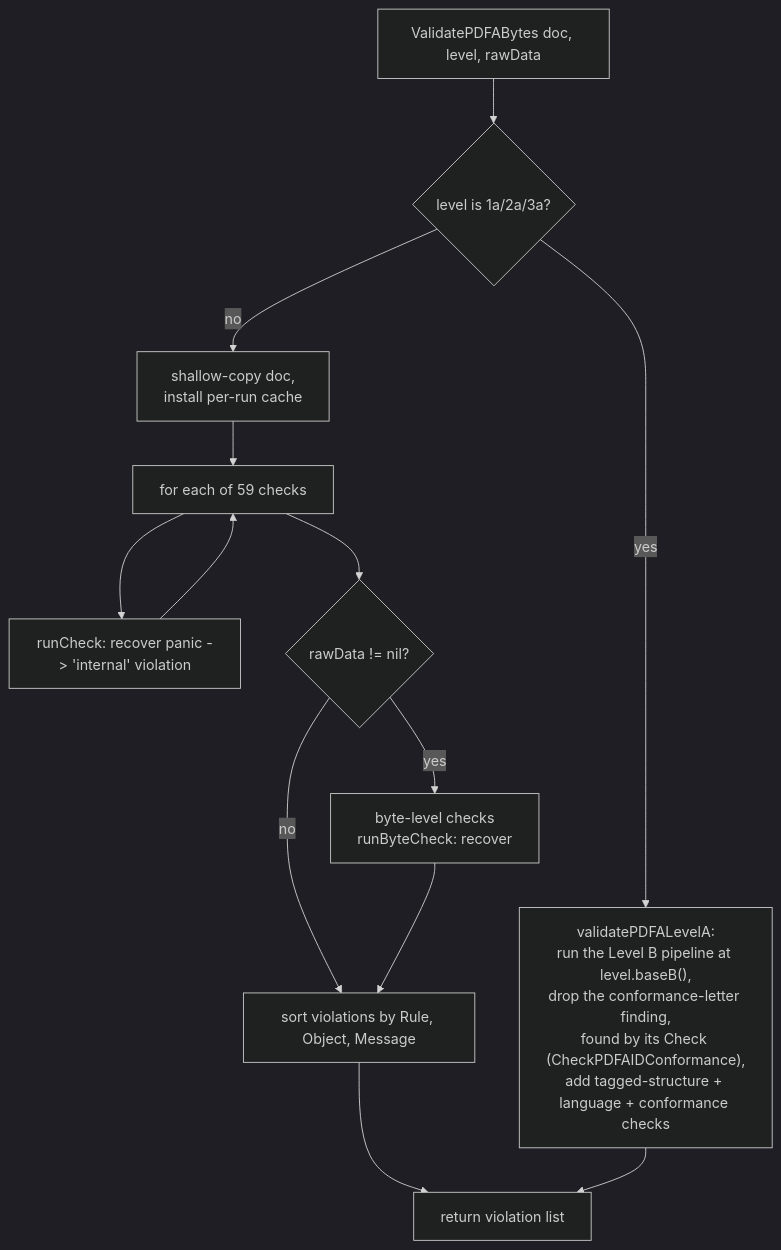
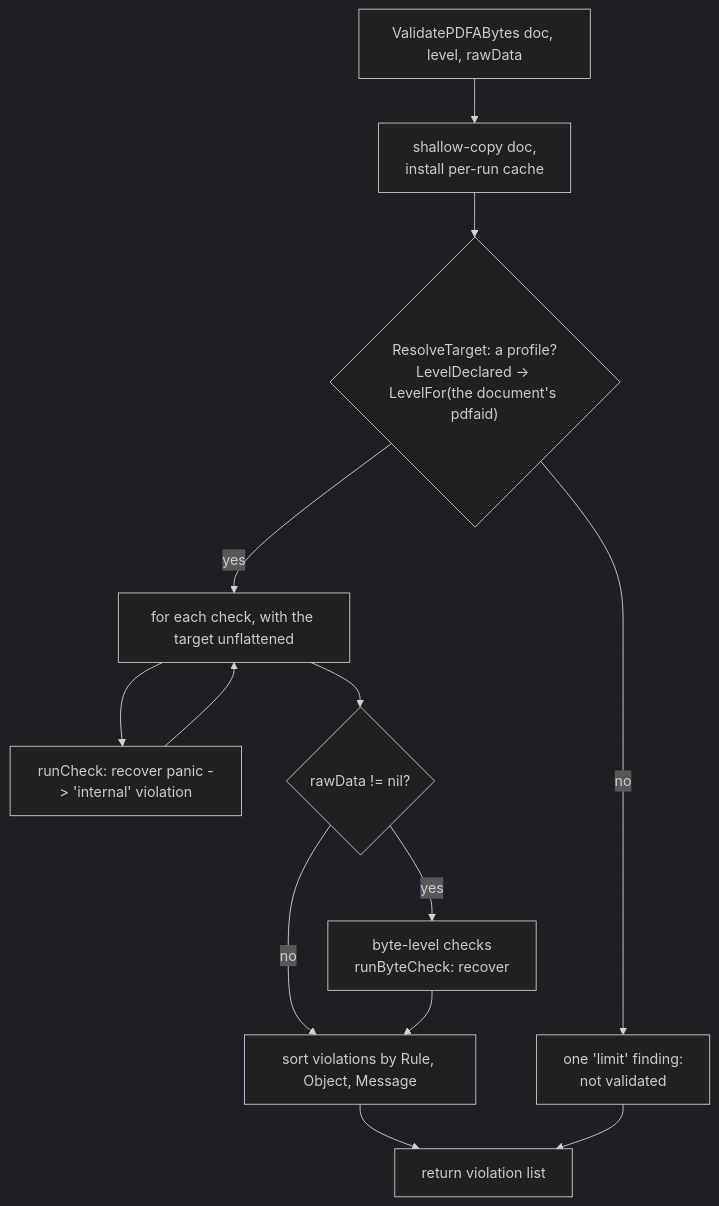
One commit to mgilbir/pdf0 changed the second of 2 diagrams in docs/validators.md. Above: the diagram before and after it, drawn with Mermaid (dark theme). The commit also changed other lines of this file and 42 other files, not shown here.

````diff
--- a/docs/validators.md
+++ b/docs/validators.md
@@ -173,15 +176,15 @@
 ```mermaid
 flowchart TD
-    A[ValidatePDFABytes doc, level, rawData] --> LA{level is 1a/2a/3a?}
-    LA -->|yes| LB["validatePDFALevelA:<br/>run the Level B pipeline at level.baseB(),<br/>drop the conformance-letter finding,<br/>found by its Check (CheckPDFAIDConformance),<br/>add tagged-structure + language + conformance checks"]
-    LA -->|no| B[shallow-copy doc,<br/>install per-run cache]
-    B --> C[for each of 59 checks]
+    A[ValidatePDFABytes doc, level, rawData] --> B[shallow-copy doc,<br/>install per-run cache]
+    B --> T{"ResolveTarget: a profile?<br/>LevelDeclared → LevelFor(the document's pdfaid)"}
+    T -->|no| R["one 'limit' finding:<br/>not validated"]
+    T -->|yes| C[for each check, with the target unflattened]
     C --> D[runCheck: recover panic -> 'internal' violation]
     D --> C
     C --> E{rawData != nil?}
     E -->|yes| F[byte-level checks<br/>runByteCheck: recover]
     E -->|no| G
     F --> G[sort violations by Rule, Object, Message]
     G --> I[return violation list]
-    LB --> I
+    R --> I
 ```
````
